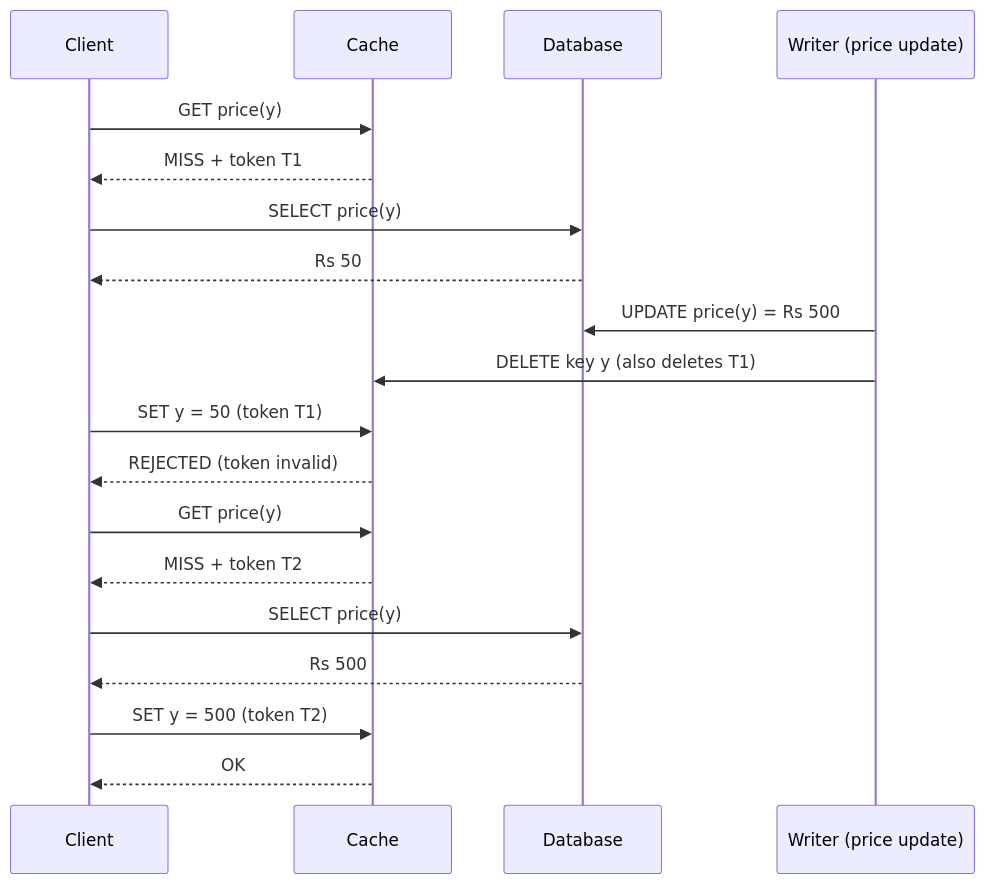
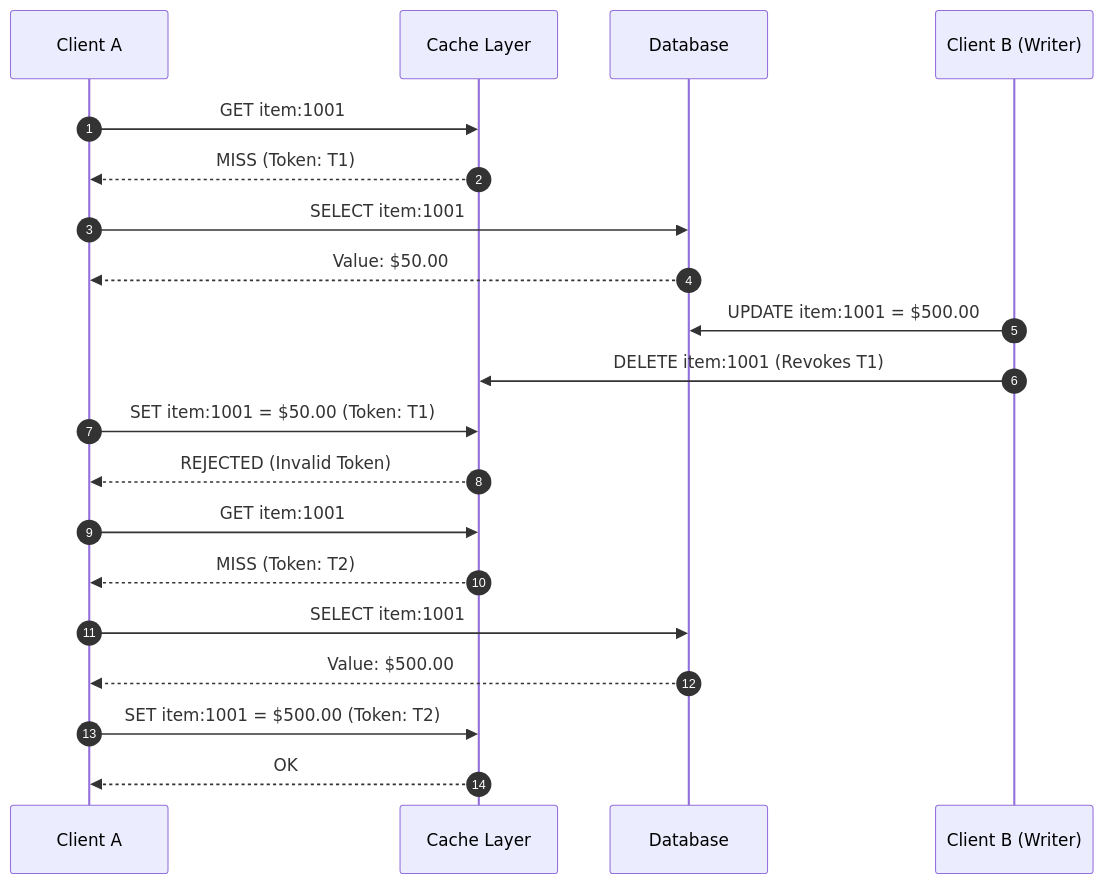
Before and after one commit to Shruti-1910/cache-invalidation-tokens: the diagram in README.md, drawn with Mermaid. The commit also changed other lines of this file, not shown here.

````diff
--- a/README.md
+++ b/README.md
@@ -60,22 +63,26 @@
 ```mermaid
 sequenceDiagram
-    participant C as Client
-    participant Ca as Cache
+    autonumber
+    participant Client as Client A
+    participant Cache as Cache Layer
     participant DB as Database
-    participant W as Writer (price update)
+    participant Writer as Client B (Writer)
 
-    C->>Ca: GET price(y)
-    Ca-->>C: MISS + token T1
-    C->>DB: SELECT price(y)
-    DB-->>C: Rs 50
-    W->>DB: UPDATE price(y) = Rs 500
-    W->>Ca: DELETE key y (also deletes T1)
-    C->>Ca: SET y = 50 (token T1)
-    Ca-->>C: REJECTED (token invalid)
-    C->>Ca: GET price(y)
-    Ca-->>C: MISS + token T2
-    C->>DB: SELECT price(y)
-    DB-->>C: Rs 500
-    C->>Ca: SET y = 500 (token T2)
-    Ca-->>C: OK
+    Client->>Cache: GET item:1001
+    Cache-->>Client: MISS (Token: T1)
+    Client->>DB: SELECT item:1001
+    DB-->>Client: Value: $50.00
+    
+    Writer->>DB: UPDATE item:1001 = $500.00
+    Writer->>Cache: DELETE item:1001 (Revokes T1)
+    
+    Client->>Cache: SET item:1001 = $50.00 (Token: T1)
+    Cache-->>Client: REJECTED (Invalid Token)
+    
+    Client->>Cache: GET item:1001
+    Cache-->>Client: MISS (Token: T2)
+    Client->>DB: SELECT item:1001
+    DB-->>Client: Value: $500.00
+    Client->>Cache: SET item:1001 = $500.00 (Token: T2)
+    Cache-->>Client: OK
 ```
````
